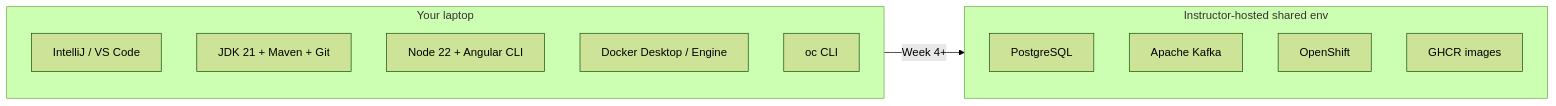
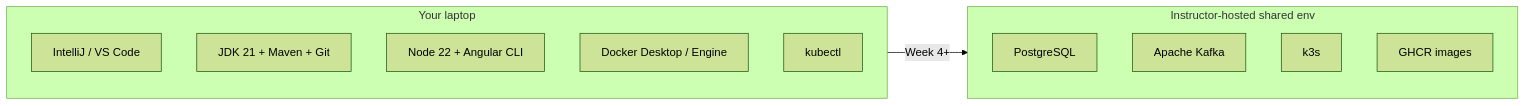
The diagram in labs/FINAL-SETUP-README.md (Innovation-In-Software/bc-sw-engineer-java-angular-participant), drawn with Mermaid (forest theme) before and after one commit. The commit also changed other lines of this file and 103 other files, not shown here.

First line of the commit message:
Teach the shared k3s cluster instead of OpenShift.

````diff
--- a/labs/FINAL-SETUP-README.md
+++ b/labs/FINAL-SETUP-README.md
@@ -16,17 +16,17 @@
 ```mermaid
 flowchart LR
   subgraph Laptop["Your laptop"]
     IDE["IntelliJ / VS Code"]
     JDK["JDK 21 + Maven + Git"]
     NG["Node 22 + Angular CLI"]
     DK["Docker Desktop / Engine"]
-    OC["oc CLI"]
+    KC["kubectl"]
   end
   subgraph Shared["Instructor-hosted shared env"]
     PG["PostgreSQL"]
     KF["Apache Kafka"]
-    OS["OpenShift"]
+    OS["k3s"]
     GHCR["GHCR images"]
   end
   Laptop -->|"Week 4+"| Shared
 ```
````
